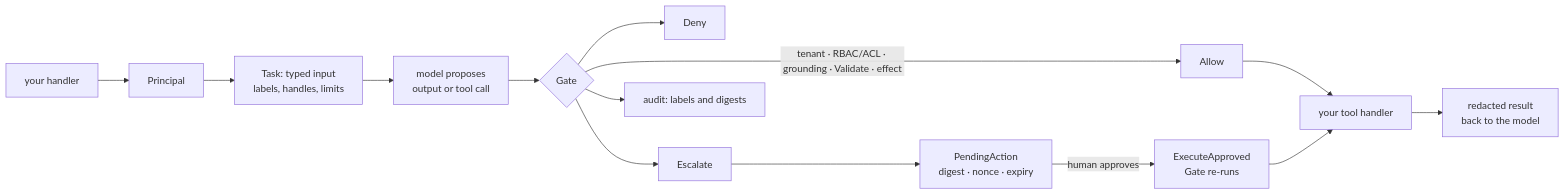
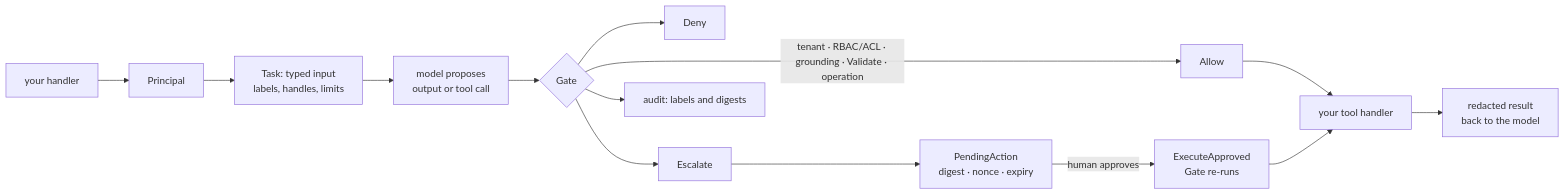
Before and after one commit to KirillYuzh/Gobellim: the diagram in README.md, drawn with Mermaid. The commit also changed other lines of this file and 31 other files, not shown here.

````diff
--- a/README.md
+++ b/README.md
@@ -90,16 +91,16 @@
 ```mermaid
 flowchart LR
     H["your handler"] --> P["Principal"]
     P --> T["Task: typed input<br/>labels, handles, limits"]
     T --> M["model proposes<br/>output or tool call"]
     M --> G{"Gate"}
-    G -->|"tenant · RBAC/ACL · grounding · Validate · effect"| A["Allow"]
+    G -->|"tenant · RBAC/ACL · grounding · Validate · operation"| A["Allow"]
     G --> D["Deny"]
     G --> E["Escalate"]
     A --> X["your tool handler"]
     X --> R["redacted result<br/>back to the model"]
     E --> C["PendingAction<br/>digest · nonce · expiry"]
     C -->|"human approves"| EA["ExecuteApproved<br/>Gate re-runs"]
     EA --> X
     G --> AU["audit: labels and digests"]
 ```
````
